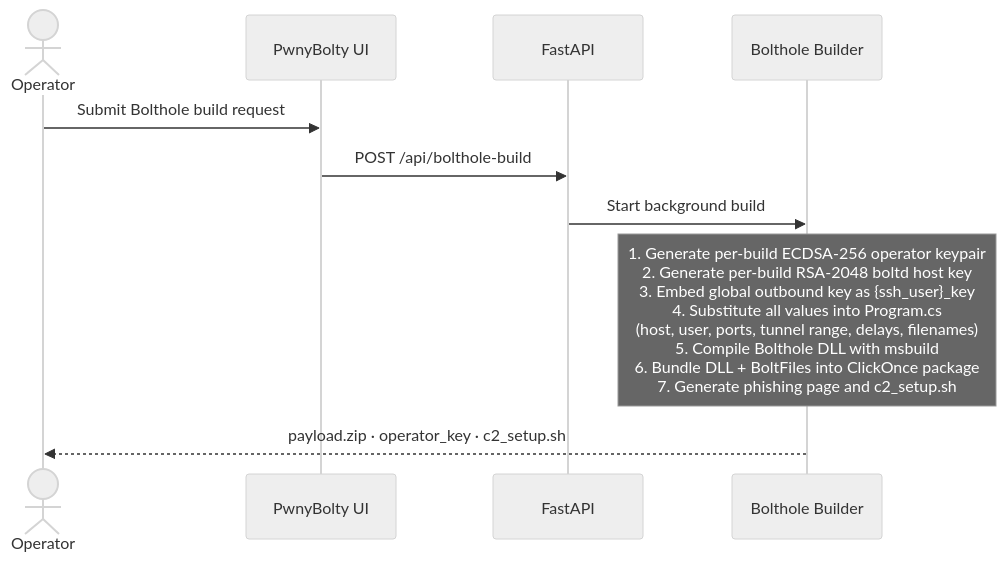
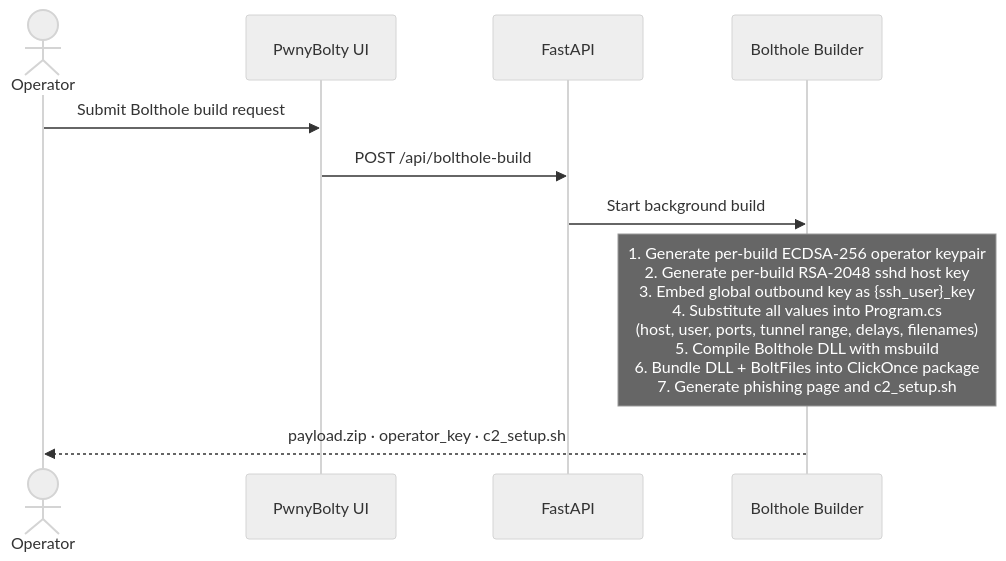
One commit to mr-rizwan-syed/PwnyBolty changed the fifth of 7 diagrams in WIKI.md. Above: the diagram before and after it, drawn with Mermaid (neutral theme). The commit also changed other lines of this file, not shown here.

Commit message:
WIKI: replace remaining boltd/boltcon references with sshd/ssh

````diff
--- a/WIKI.md
+++ b/WIKI.md
@@ -129,15 +129,15 @@
 ```mermaid
 sequenceDiagram
     actor Operator
     participant UI as PwnyBolty UI
     participant API as FastAPI
     participant Builder as Bolthole Builder
 
     Operator->>UI: Submit Bolthole build request
     UI->>API: POST /api/bolthole-build
     API->>Builder: Start background build
 
-    Note over Builder: 1. Generate per-build ECDSA-256 operator keypair<br/>2. Generate per-build RSA-2048 boltd host key<br/>3. Embed global outbound key as {ssh_user}_key<br/>4. Substitute all values into Program.cs<br/>   (host, user, ports, tunnel range, delays, filenames)<br/>5. Compile Bolthole DLL with msbuild<br/>6. Bundle DLL + BoltFiles into ClickOnce package<br/>7. Generate phishing page and c2_setup.sh
+    Note over Builder: 1. Generate per-build ECDSA-256 operator keypair<br/>2. Generate per-build RSA-2048 sshd host key<br/>3. Embed global outbound key as {ssh_user}_key<br/>4. Substitute all values into Program.cs<br/>   (host, user, ports, tunnel range, delays, filenames)<br/>5. Compile Bolthole DLL with msbuild<br/>6. Bundle DLL + BoltFiles into ClickOnce package<br/>7. Generate phishing page and c2_setup.sh
 
     Builder-->>Operator: payload.zip · operator_key · c2_setup.sh
 ```
````
